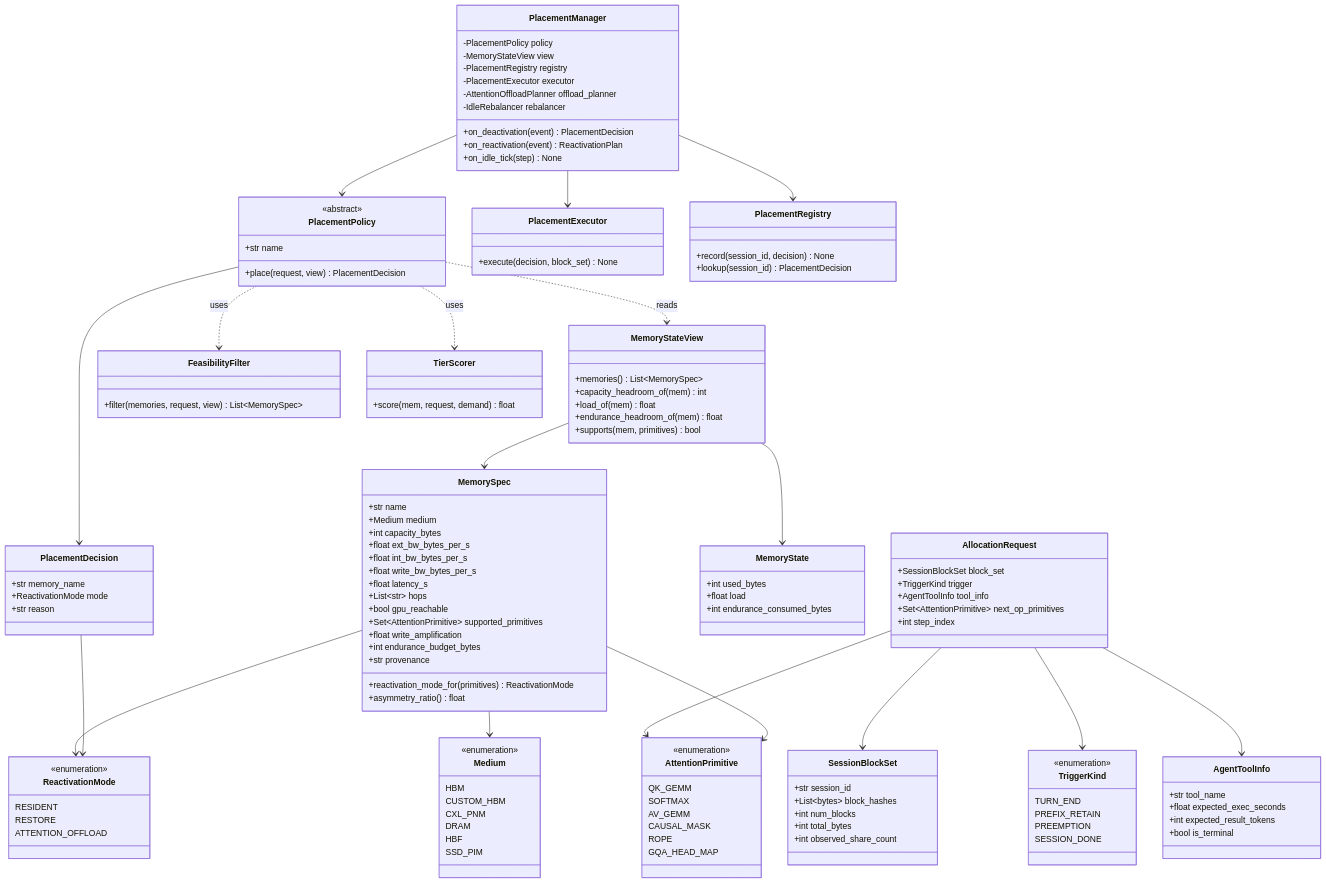
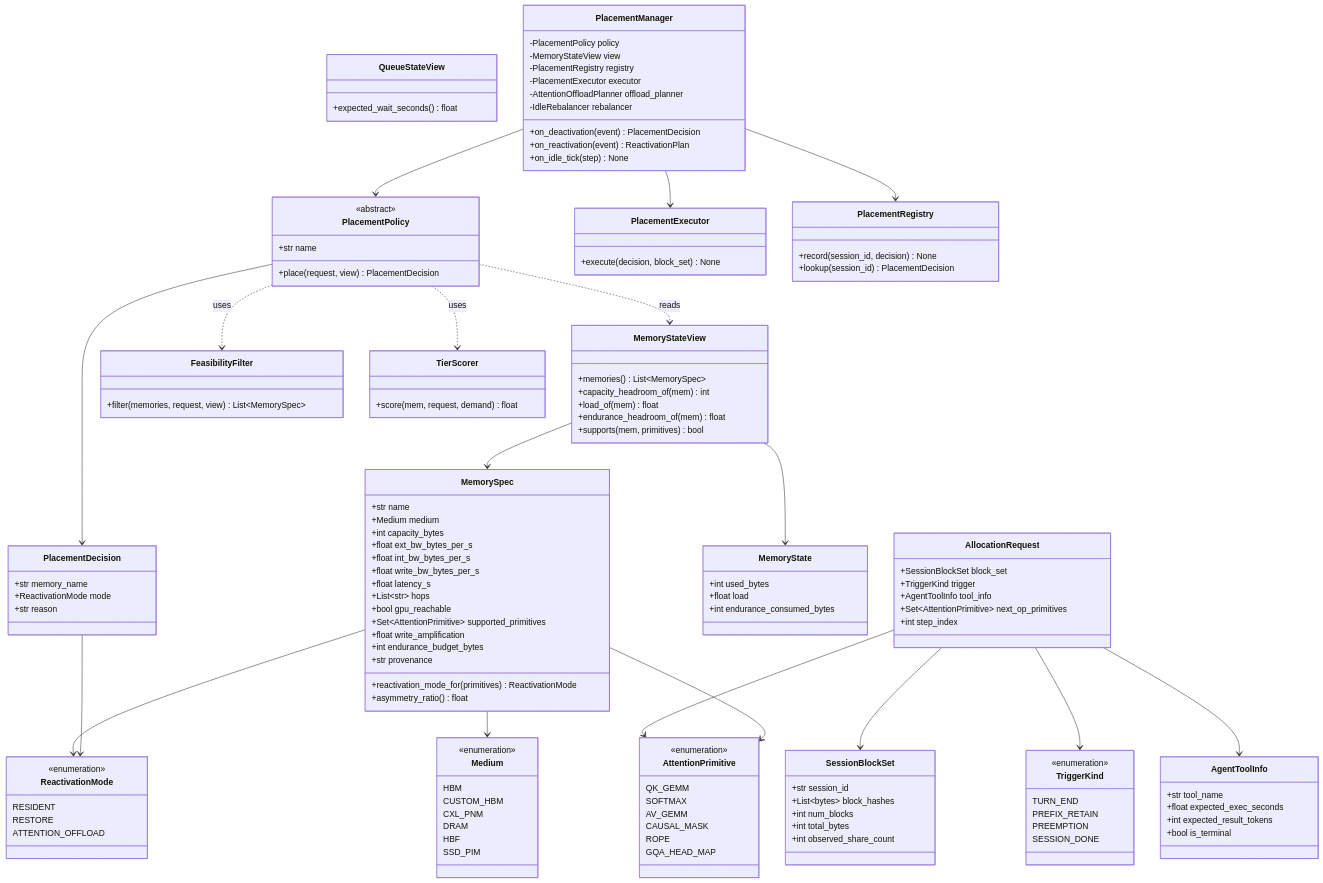
The second of 9 diagrams in doc-architect/dp1-implementation-uml.md (mkim0628/vllm), drawn with Mermaid before and after one commit. The commit also changed other lines of this file and 6 other files, not shown here.

```diff
--- a/doc-architect/dp1-implementation-uml.md
+++ b/doc-architect/dp1-implementation-uml.md
@@ -123,6 +123,10 @@
         +float expected_exec_seconds
         +int expected_result_tokens
         +bool is_terminal
+    }
+
+    class QueueStateView {
+        +expected_wait_seconds() float
     }
 
     class SessionBlockSet {
```
